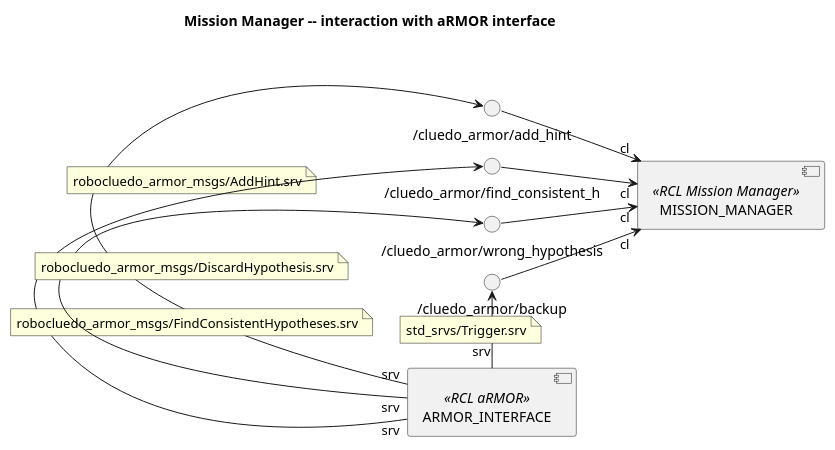
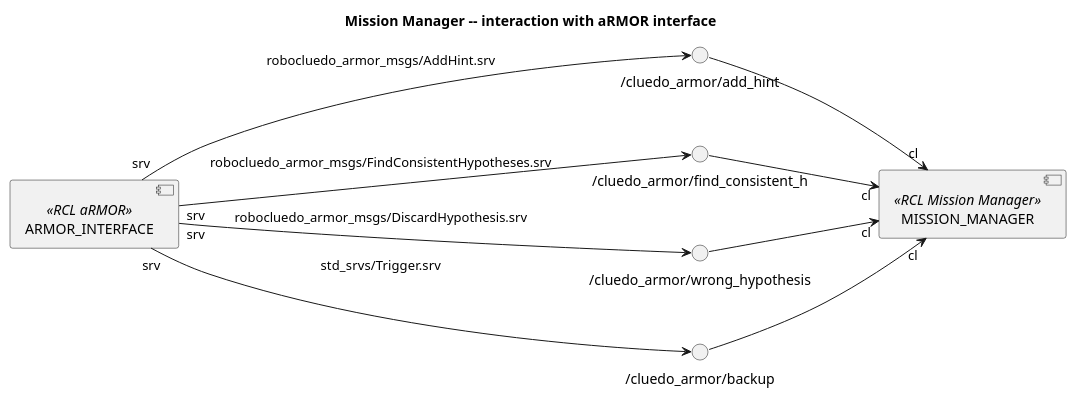
Before and after one commit to programmatoroSeduto/ExperimentalRoboticsLab-Assignment-3: the fourth of 7 diagrams in robocluedo_mission_manager/_uml/diagrams.md, drawn with PlantUML. The commit also changed other lines of this file and 449 other files, not shown here.

````diff
--- a/robocluedo_mission_manager/_uml/diagrams.md
+++ b/robocluedo_mission_manager/_uml/diagrams.md
@@ -92,41 +92,31 @@
 ```{uml}
 @startuml
 
 title Mission Manager -- interaction with aRMOR interface
+left to right direction
 
 ''' COMPONENTS
-component MISSION_MANAGER <<RCL Mission Manager>>
 component ARMOR_INTERFACE <<RCL aRMOR>>
 
-''' INTERFACES
 together {
-left to right direction
 () "/cluedo_armor/add_hint" as SRV_ARMOR_ADD
 () "/cluedo_armor/find_consistent_h" as SRV_ARMOR_FIND
 () "/cluedo_armor/wrong_hypothesis" as SRV_ARMOR_DEL
 () "/cluedo_armor/backup" as SRV_ARMOR_BACKUP
 }
 
-SRV_ARMOR_ADD <-left- "srv" ARMOR_INTERFACE
-note on link: robocluedo_armor_msgs/AddHint.srv
+ARMOR_INTERFACE "srv" --> SRV_ARMOR_ADD : robocluedo_armor_msgs/AddHint.srv
+ARMOR_INTERFACE "srv" --> SRV_ARMOR_FIND : robocluedo_armor_msgs/FindConsistentHypotheses.srv
+ARMOR_INTERFACE "srv" --> SRV_ARMOR_DEL : robocluedo_armor_msgs/DiscardHypothesis.srv
+ARMOR_INTERFACE "srv" --> SRV_ARMOR_BACKUP : std_srvs/Trigger.srv
 
-SRV_ARMOR_FIND <-left- "srv" ARMOR_INTERFACE
-note on link: robocluedo_armor_msgs/FindConsistentHypotheses.srv
+component MISSION_MANAGER <<RCL Mission Manager>>
 
-
-SRV_ARMOR_DEL <-left- "srv" ARMOR_INTERFACE
-note on link: robocluedo_armor_msgs/DiscardHypothesis.srv
-
-
-SRV_ARMOR_BACKUP <-left- "srv" ARMOR_INTERFACE
-note on link: std_srvs/Trigger.srv
-
-''' LINKS
 SRV_ARMOR_ADD --> "cl" MISSION_MANAGER
 SRV_ARMOR_FIND --> "cl" MISSION_MANAGER
 SRV_ARMOR_DEL --> "cl" MISSION_MANAGER
 SRV_ARMOR_BACKUP --> "cl" MISSION_MANAGER
 
 
 @enduml
 ```
````
